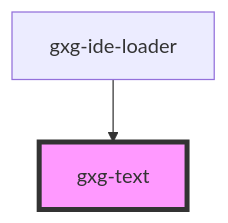
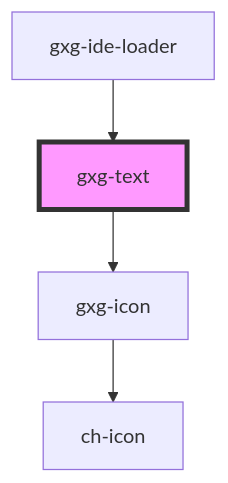
The diagram in src/components/text/readme.md (genexuslabs/gemini), drawn with Mermaid before and after one commit. The commit also changed other lines of this file and 14 other files, not shown here.

````diff
--- a/src/components/text/readme.md
+++ b/src/components/text/readme.md
@@ -41,5 +48,7 @@
 ```mermaid
 graph TD;
+  gxg-text --> gxg-icon
+  gxg-icon --> ch-icon
   gxg-ide-loader --> gxg-text
   style gxg-text fill:#f9f,stroke:#333,stroke-width:4px
 ```
````
